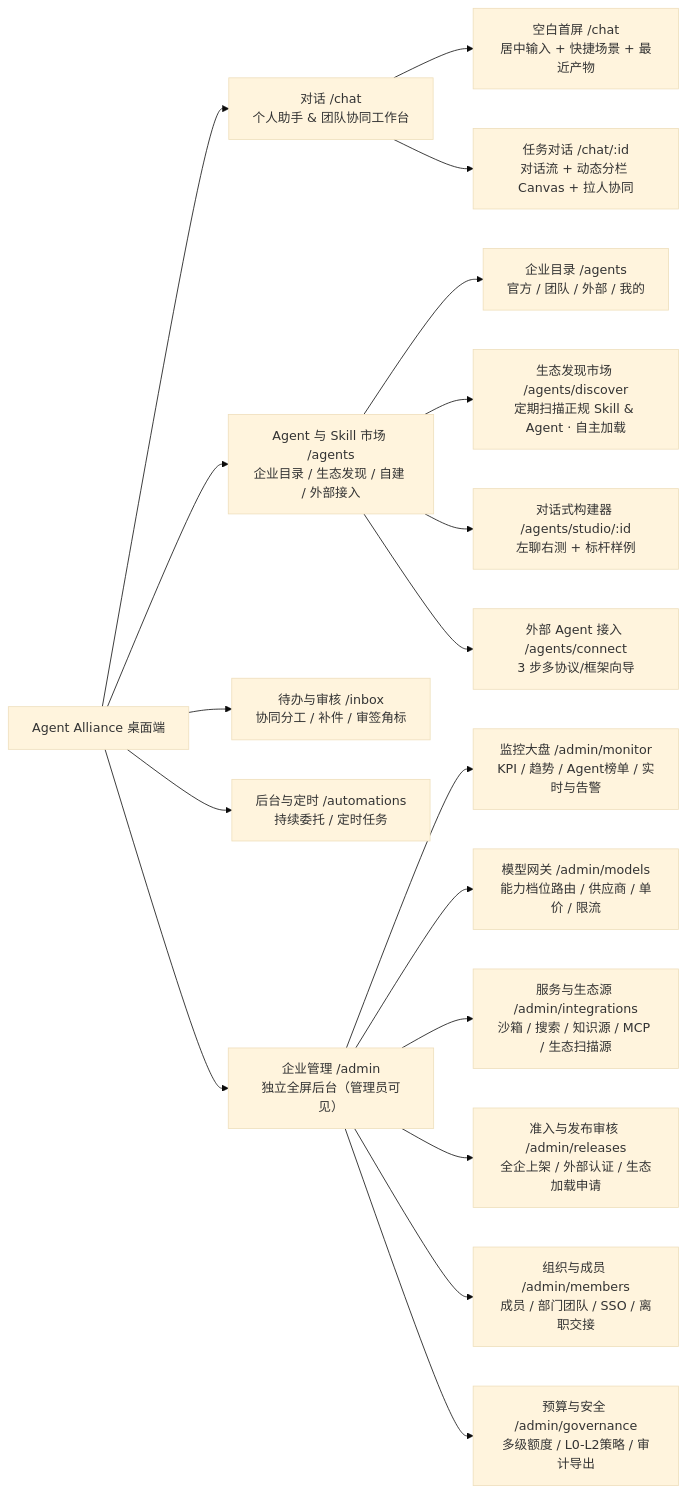
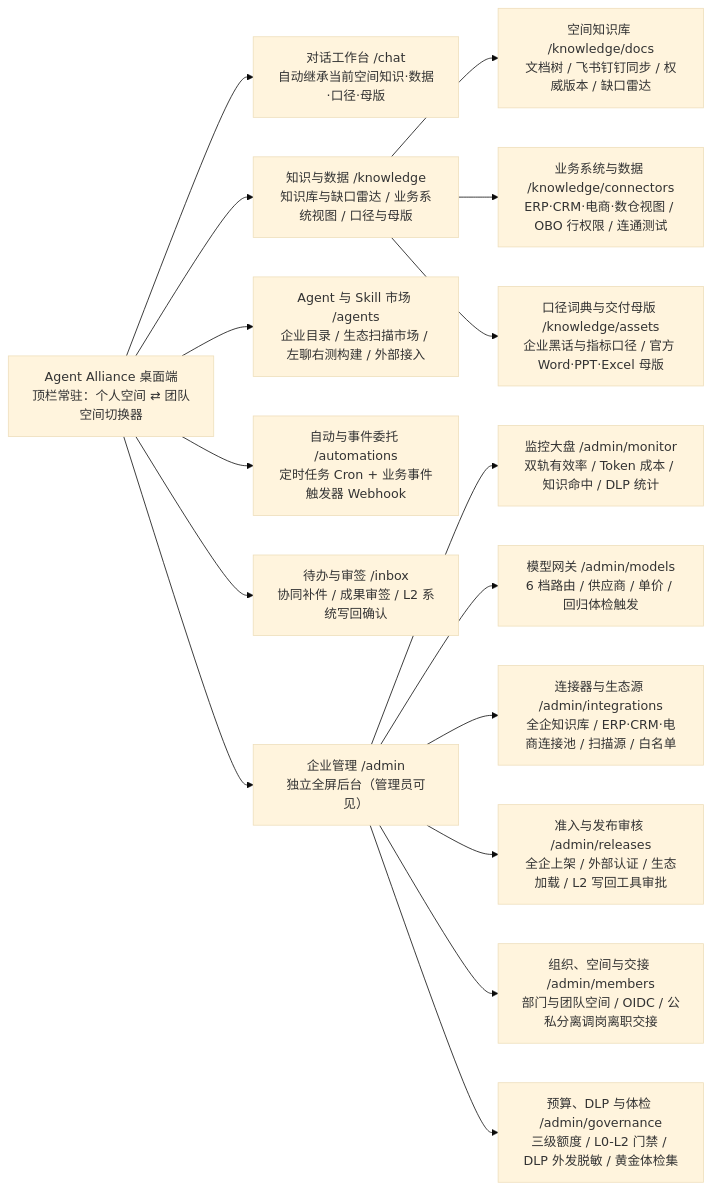
The diagram in docs/18-vnext-product-ia.md (slientwind/agent-alliance), drawn with Mermaid (base theme) before and after one commit. The commit also changed other lines of this file and 24 other files, not shown here.

````diff
--- a/docs/18-vnext-product-ia.md
+++ b/docs/18-vnext-product-ia.md
@@ -186,24 +163,21 @@
 ```mermaid
 flowchart LR
-    Root["Agent Alliance 桌面端"]
-    Root --> Chat["对话 /chat<br/>个人助手 & 团队协同工作台"]
-    Root --> Agents["Agent 与 Skill 市场 /agents<br/>企业目录 / 生态发现 / 自建 / 外部接入"]
-    Root --> Inbox["待办与审核 /inbox<br/>协同分工 / 补件 / 审签角标"]
-    Root --> Auto["后台与定时 /automations<br/>持续委托 / 定时任务"]
+    Root["Agent Alliance 桌面端<br/>顶栏常驻：个人空间 ⇄ 团队空间切换器"]
+    Root --> Chat["对话工作台 /chat<br/>自动继承当前空间知识·数据·口径·母版"]
+    Root --> KD["知识与数据 /knowledge<br/>知识库与缺口雷达 / 业务系统视图 / 口径与母版"]
+    Root --> Agents["Agent 与 Skill 市场 /agents<br/>企业目录 / 生态扫描市场 / 左聊右测构建 / 外部接入"]
+    Root --> Auto["自动与事件委托 /automations<br/>定时任务 Cron + 业务事件触发器 Webhook"]
+    Root --> Inbox["待办与审签 /inbox<br/>协同补件 / 成果审签 / L2 系统写回确认"]
     Root --> Admin["企业管理 /admin<br/>独立全屏后台（管理员可见）"]
 
-    Chat --> ChatNew["空白首屏 /chat<br/>居中输入 + 快捷场景 + 最近产物"]
-    Chat --> ChatThread["任务对话 /chat/:id<br/>对话流 + 动态分栏 Canvas + 拉人协同"]
+    KD --> KBTab["空间知识库 /knowledge/docs<br/>文档树 / 飞书钉钉同步 / 权威版本 / 缺口雷达"]
+    KD --> DataTab["业务系统与数据 /knowledge/connectors<br/>ERP·CRM·电商·数仓视图 / OBO 行权限 / 连通测试"]
+    KD --> AssetTab["口径词典与交付母版 /knowledge/assets<br/>企业黑话与指标口径 / 官方 Word·PPT·Excel 母版"]
 
-    Agents --> Catalog["企业目录 /agents<br/>官方 / 团队 / 外部 / 我的"]
-    Agents --> Eco["生态发现市场 /agents/discover<br/>定期扫描正规 Skill & Agent · 自主加载"]
-    Agents --> Studio["对话式构建器 /agents/studio/:id<br/>左聊右测 + 标杆样例"]
-    Agents --> Connect["外部 Agent 接入 /agents/connect<br/>3 步多协议/框架向导"]
-
-    Admin --> Mon["监控大盘 /admin/monitor<br/>KPI / 趋势 / Agent榜单 / 实时与告警"]
-    Admin --> Models["模型网关 /admin/models<br/>能力档位路由 / 供应商 / 单价 / 限流"]
-    Admin --> Services["服务与生态源 /admin/integrations<br/>沙箱 / 搜索 / 知识源 / MCP / 生态扫描源"]
-    Admin --> Approval["准入与发布审核 /admin/releases<br/>全企上架 / 外部认证 / 生态加载申请"]
-    Admin --> Org["组织与成员 /admin/members<br/>成员 / 部门团队 / SSO / 离职交接"]
-    Admin --> Policy["预算与安全 /admin/governance<br/>多级额度 / L0-L2策略 / 审计导出"]
+    Admin --> Mon["监控大盘 /admin/monitor<br/>双轨有效率 / Token 成本 / 知识命中 / DLP 统计"]
+    Admin --> Models["模型网关 /admin/models<br/>6 档路由 / 供应商 / 单价 / 回归体检触发"]
+    Admin --> Services["连接器与生态源 /admin/integrations<br/>全企知识库 / ERP·CRM·电商连接池 / 扫描源 / 白名单"]
+    Admin --> Approval["准入与发布审核 /admin/releases<br/>全企上架 / 外部认证 / 生态加载 / L2 写回工具审批"]
+    Admin --> Org["组织、空间与交接 /admin/members<br/>部门与团队空间 / OIDC / 公私分离调岗离职交接"]
+    Admin --> Policy["预算、DLP 与体检 /admin/governance<br/>三级额度 / L0-L2 门禁 / DLP 外发脱敏 / 黄金体检集"]
 ```
````
